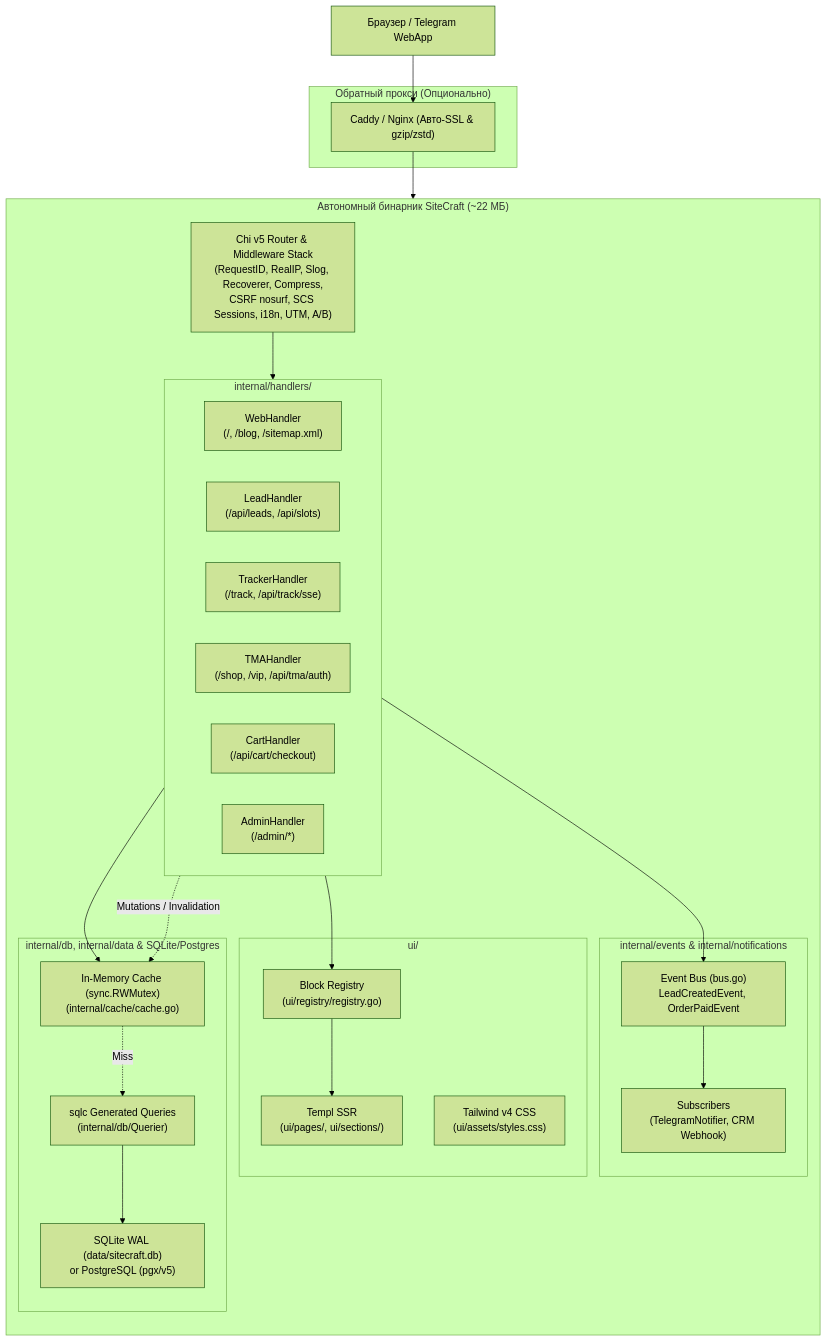
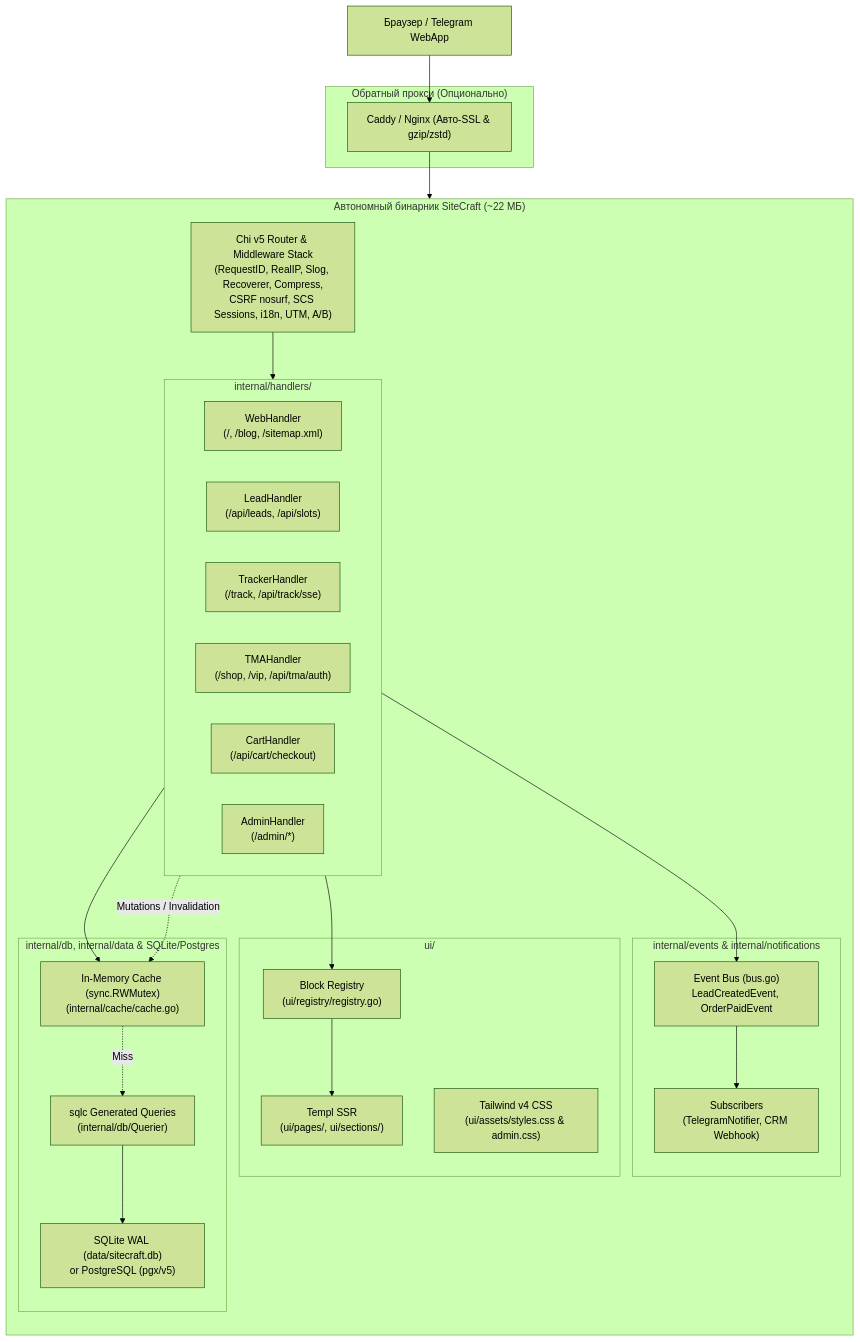
The first of 2 diagrams in PROJECT_DOCUMENTATION.md (Zer02L/SiteCraft), drawn with Mermaid (forest theme) before and after one commit. The commit also changed other lines of this file and 10 other files, not shown here.

First line of the commit message:
docs: update architecture, DOX contracts, roadmaps, and optimization checklist

````diff
--- a/PROJECT_DOCUMENTATION.md
+++ b/PROJECT_DOCUMENTATION.md
@@ -67,49 +71,49 @@
 ```mermaid
 flowchart TD
     Client["Браузер / Telegram WebApp"]
     
     subgraph ReverseProxy["Обратный прокси (Опционально)"]
         Proxy["Caddy / Nginx (Авто-SSL & gzip/zstd)"]
     end
 
     subgraph Binary["Автономный бинарник SiteCraft (~22 МБ)"]
         direction TB
         
         Router["Chi v5 Router & Middleware Stack\n(RequestID, RealIP, Slog, Recoverer, Compress,\nCSRF nosurf, SCS Sessions, i18n, UTM, A/B)"]
         
         subgraph Handlers["internal/handlers/"]
             H_Web["WebHandler\n(/, /blog, /sitemap.xml)"]
             H_Lead["LeadHandler\n(/api/leads, /api/slots)"]
             H_Track["TrackerHandler\n(/track, /api/track/sse)"]
             H_TMA["TMAHandler\n(/shop, /vip, /api/tma/auth)"]
             H_Cart["CartHandler\n(/api/cart/checkout)"]
             H_Client["AdminHandler\n(/admin/*)"]
         end
         
         subgraph EventBusLayer["internal/events & internal/notifications"]
             EBus["Event Bus (bus.go)\nLeadCreatedEvent, OrderPaidEvent"]
             Subscribers["Subscribers\n(TelegramNotifier, CRM Webhook)"]
         end
 
         subgraph RenderingLayer["ui/"]
             Registry["Block Registry\n(ui/registry/registry.go)"]
             TemplEngine["Templ SSR\n(ui/pages/, ui/sections/)"]
-            Tailwind["Tailwind v4 CSS\n(ui/assets/styles.css)"]
+            Tailwind["Tailwind v4 CSS\n(ui/assets/styles.css & admin.css)"]
         end
 
         subgraph StorageLayer["internal/db, internal/data & SQLite/Postgres"]
             Cache["In-Memory Cache (sync.RWMutex)\n(internal/cache/cache.go)"]
             SQLC["sqlc Generated Queries\n(internal/db/Querier)"]
             DBConn["SQLite WAL (data/sitecraft.db)\nor PostgreSQL (pgx/v5)"]
         end
     end
 
     Client --> Proxy
     Proxy --> Router
     Router --> Handlers
     Handlers --> Registry --> TemplEngine
     Handlers --> EBus --> Subscribers
     Handlers --> Cache
     Cache -.->|Miss| SQLC --> DBConn
     Handlers -.->|Mutations / Invalidation| Cache
 ```
````
